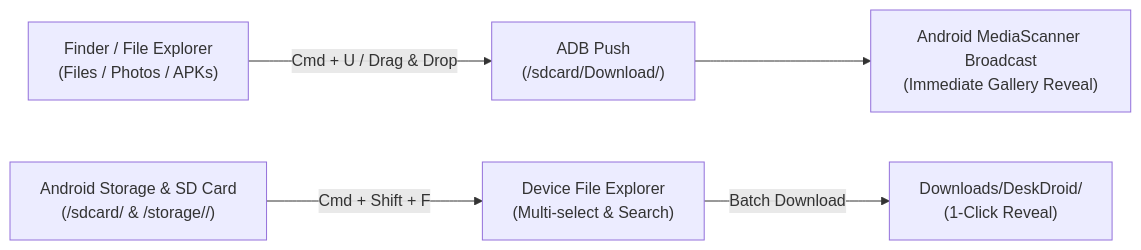
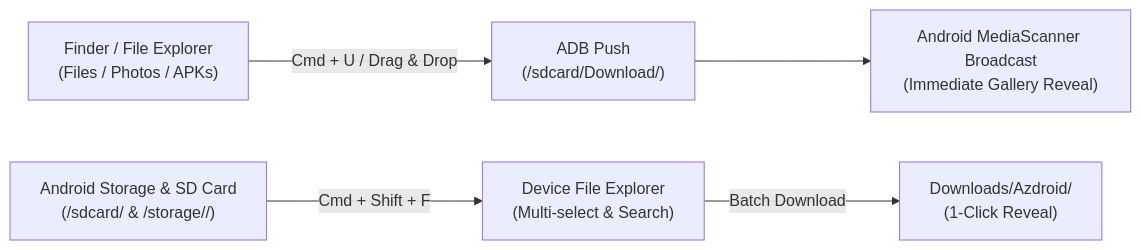
The diagram in docs/features/file-transfer-explorer.md (az-coder-123/azdroid), drawn with Mermaid before and after one commit. The commit also changed other lines of this file and 101 other files, not shown here.

````diff
--- a/docs/features/file-transfer-explorer.md
+++ b/docs/features/file-transfer-explorer.md
@@ -15,8 +15,8 @@
 ```mermaid
 flowchart LR
     Mac["Finder / File Explorer\n(Files / Photos / APKs)"] -->|Cmd + U / Drag & Drop| Push["ADB Push\n(/sdcard/Download/)"]
     Push --> MediaScan["Android MediaScanner Broadcast\n(Immediate Gallery Reveal)"]
     
     AndroidStorage["Android Storage & SD Card\n(/sdcard/ & /storage/<UUID>/)"] -->|Cmd + Shift + F| Explorer["Device File Explorer\n(Multi-select & Search)"]
-    Explorer -->|Batch Download| MacDownloads["Downloads/DeskDroid/\n(1-Click Reveal)"]
+    Explorer -->|Batch Download| MacDownloads["Downloads/Azdroid/\n(1-Click Reveal)"]
 ```
````
